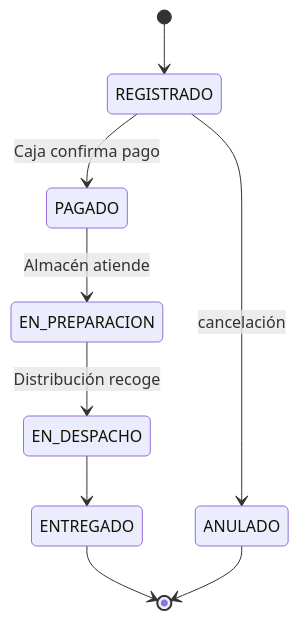
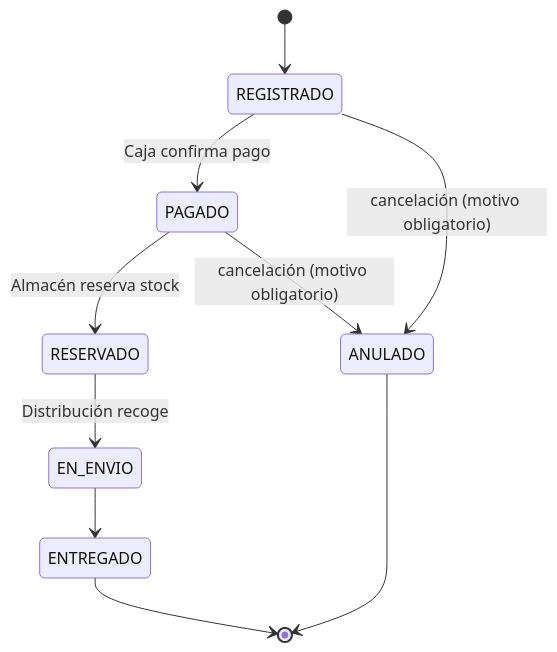
One commit to unsa-fsi-2026b-ventas-virtuales/ventas-virtuales changed the fourth of 5 diagrams in docs/arquitectura.md. Above: the diagram before and after it, drawn with Mermaid. The commit also changed other lines of this file and 1 other file, not shown here.

````diff
--- a/docs/arquitectura.md
+++ b/docs/arquitectura.md
@@ -107,11 +113,12 @@
 ```mermaid
 stateDiagram-v2
     [*] --> REGISTRADO
     REGISTRADO --> PAGADO: Caja confirma pago
-    REGISTRADO --> ANULADO: cancelación
-    PAGADO --> EN_PREPARACION: Almacén atiende
-    EN_PREPARACION --> EN_DESPACHO: Distribución recoge
-    EN_DESPACHO --> ENTREGADO
+    PAGADO --> RESERVADO: Almacén reserva stock
+    RESERVADO --> EN_ENVIO: Distribución recoge
+    EN_ENVIO --> ENTREGADO
+    REGISTRADO --> ANULADO: cancelación (motivo obligatorio)
+    PAGADO --> ANULADO: cancelación (motivo obligatorio)
     ENTREGADO --> [*]
     ANULADO --> [*]
 ```
````
